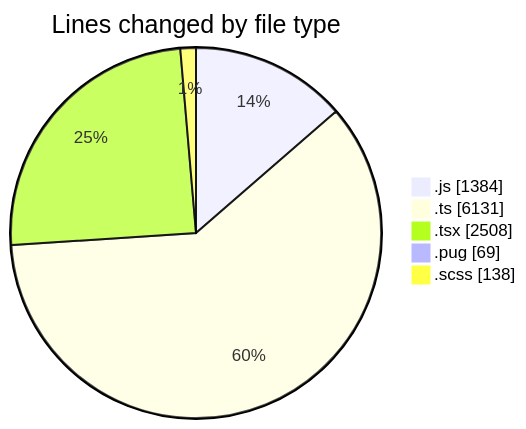
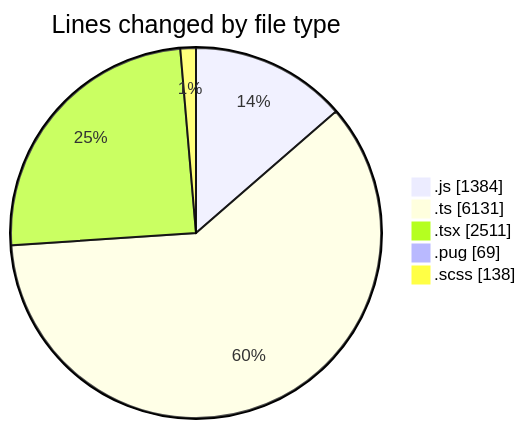
The first of 2 diagrams in 2025-03-25/cda/README.md (momahboobian/code-tracking), drawn with Mermaid before and after one commit. The commit also changed other lines of this file and 1 other file, not shown here.

````diff
--- a/2025-03-25/cda/README.md
+++ b/2025-03-25/cda/README.md
@@ -39,9 +39,9 @@
 ```mermaid
 pie showData
 title Lines changed by file type
 ".js" : 1384
 ".ts" : 6131
-".tsx" : 2508
+".tsx" : 2511
 ".pug" : 69
 ".scss" : 138
 ```
````
